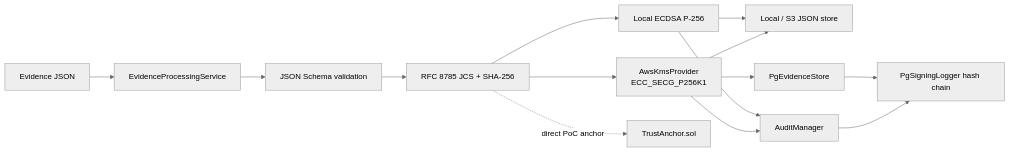
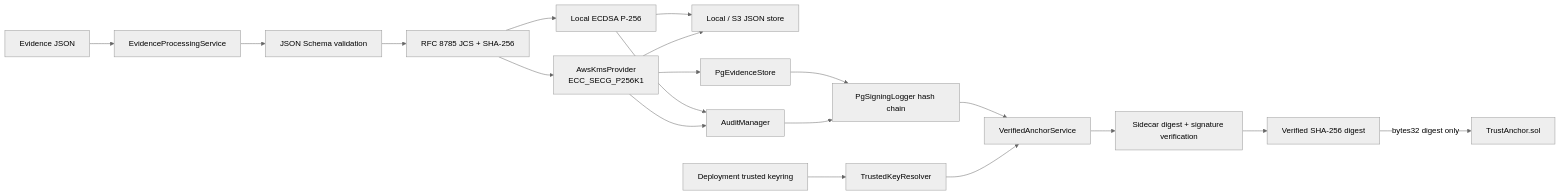
Before and after one commit to kognavi/tanden-trust-audit-poc: the first of 2 diagrams in docs/architecture-diagram.md, drawn with Mermaid (neutral theme). The commit also changed other lines of this file and 14 other files, not shown here.

````diff
--- a/docs/architecture-diagram.md
+++ b/docs/architecture-diagram.md
@@ -5,16 +5,21 @@
 ```mermaid
 flowchart LR
     E[Evidence JSON] --> PS[EvidenceProcessingService]
     PS --> V[JSON Schema validation]
     V --> C[RFC 8785 JCS + SHA-256]
     C --> LS[Local ECDSA P-256]
     C --> KS[AwsKmsProvider<br/>ECC_SECG_P256K1]
     LS --> ST[Local / S3 JSON store]
     KS --> ST
     KS --> PG[PgEvidenceStore]
     PG --> PL
     LS --> AM[AuditManager]
     KS --> AM
     AM --> PL[PgSigningLogger hash chain]
-    C -. direct PoC anchor .-> WA[TrustAnchor.sol]
+    PL --> VA[VerifiedAnchorService]
+    TK[Deployment trusted keyring] --> KR[TrustedKeyResolver]
+    KR --> VA
+    VA --> VF[Sidecar digest + signature verification]
+    VF --> VD[Verified SHA-256 digest]
+    VD -->|bytes32 digest only| WA[TrustAnchor.sol]
 ```
````
